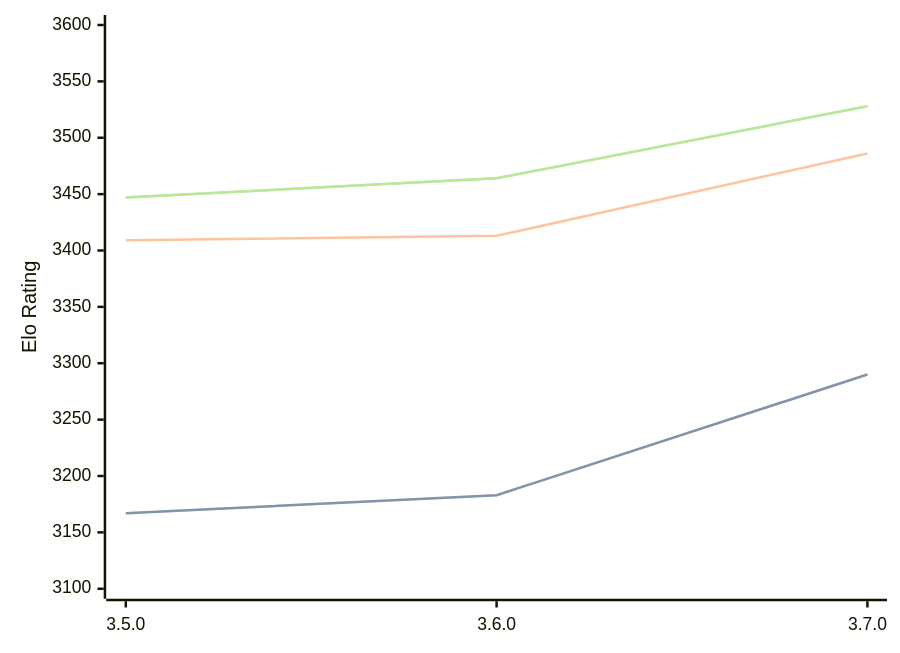
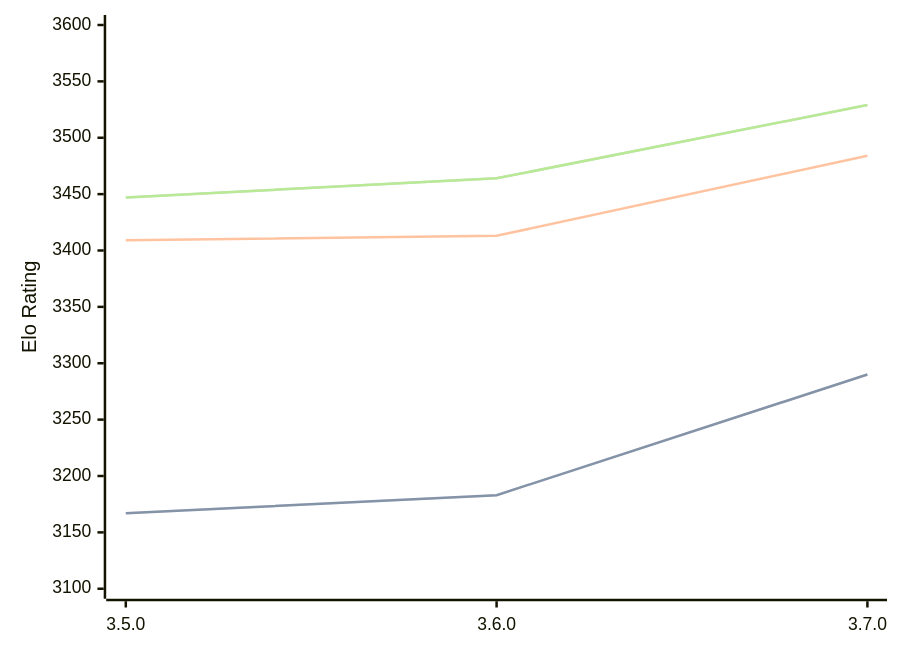
Before and after one commit to computer-chess-index/cci: the diagram in engines/Igel.md, drawn with Mermaid. The commit also changed other lines of this file, not shown here.

Commit message:
Update CCI Ratings (ELO VLTC) - 2026-09-15

````diff
--- a/engines/Igel.md
+++ b/engines/Igel.md
@@ -33,11 +33,11 @@
 ```mermaid
 %%{init: {"theme":"base","themeVariables":{"seriesColors:['#a3a3a3','#222221','#faa371']}}}%%
 xychart-beta
   x-axis ["3.5.0", "3.6.0", "3.7.0"]
   y-axis "Elo Rating" 3100 --> 3600
   line "" [3167, 3183, 3290]
   line "STC (8.0+0.08s)" [3167, 3183, 3290]
-  line "LTC (60.0+0.60s)" [3409, 3413, 3486]
-  line "" [3447, 3464, 3528]
-  line "VLTC (2m24s+1.12s)" [3447, 3464, 3528]
+  line "LTC (60.0+0.60s)" [3409, 3413, 3484]
+  line "" [3447, 3464, 3529]
+  line "VLTC (2m24s+1.12s)" [3447, 3464, 3529]
 ```
````
